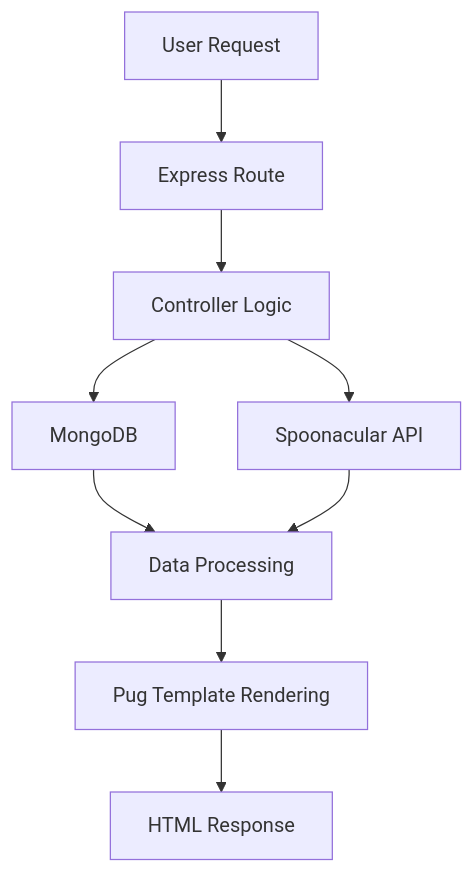
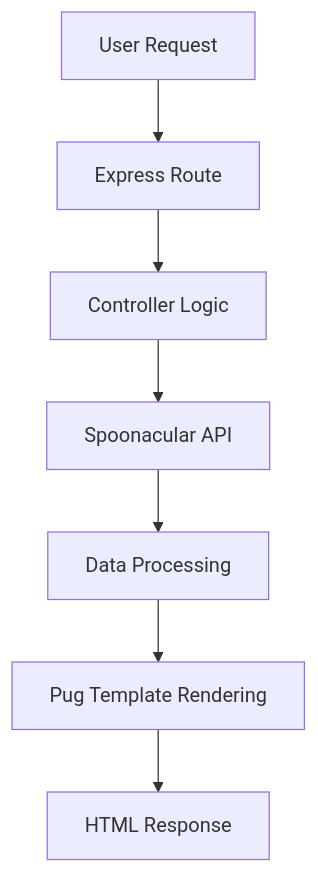
One commit to andresafag/food changed the first of 2 diagrams in README.md. Above: the diagram before and after it, drawn with Mermaid. The commit also changed other lines of this file, not shown here.

````diff
--- a/README.md
+++ b/README.md
@@ -67,17 +69,15 @@
 ```mermaid
 flowchart TD
 
 A[User Request] --> B[Express Route]
 
 B --> C[Controller Logic]
 
-C --> D[MongoDB]
 C --> E[Spoonacular API]
 
-D --> F[Data Processing]
-E --> F
+E --> F[Data Processing]
 
 F --> G[Pug Template Rendering]
 
 G --> H[HTML Response]
 ```
````
